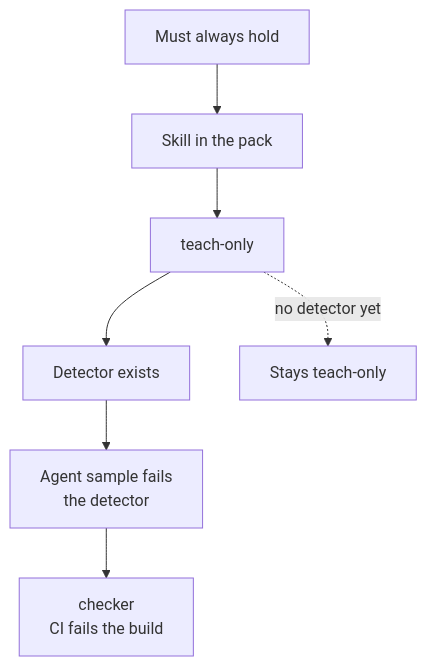
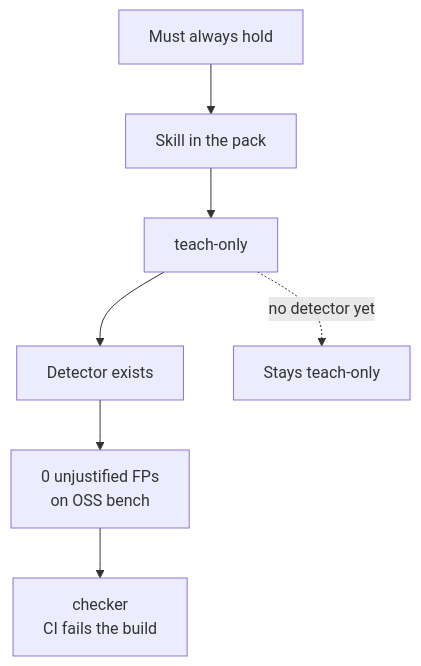
Before and after one commit to Amaresh/deslop: the third of 5 diagrams in README.md, drawn with Mermaid. The commit also changed other lines of this file and 3 other files, not shown here.

````diff
--- a/README.md
+++ b/README.md
@@ -64,9 +63,9 @@
 ```mermaid
 flowchart TD
   I["Must always hold"] --> S["Skill in the pack"]
   S --> T["teach-only"]
   T --> D["Detector exists"]
-  D --> V["Agent sample fails<br/>the detector"]
+  D --> V["0 unjustified FPs<br/>on OSS bench"]
   V --> C["checker<br/>CI fails the build"]
   T -.->|"no detector yet"| Stay["Stays teach-only"]
 ```
````
